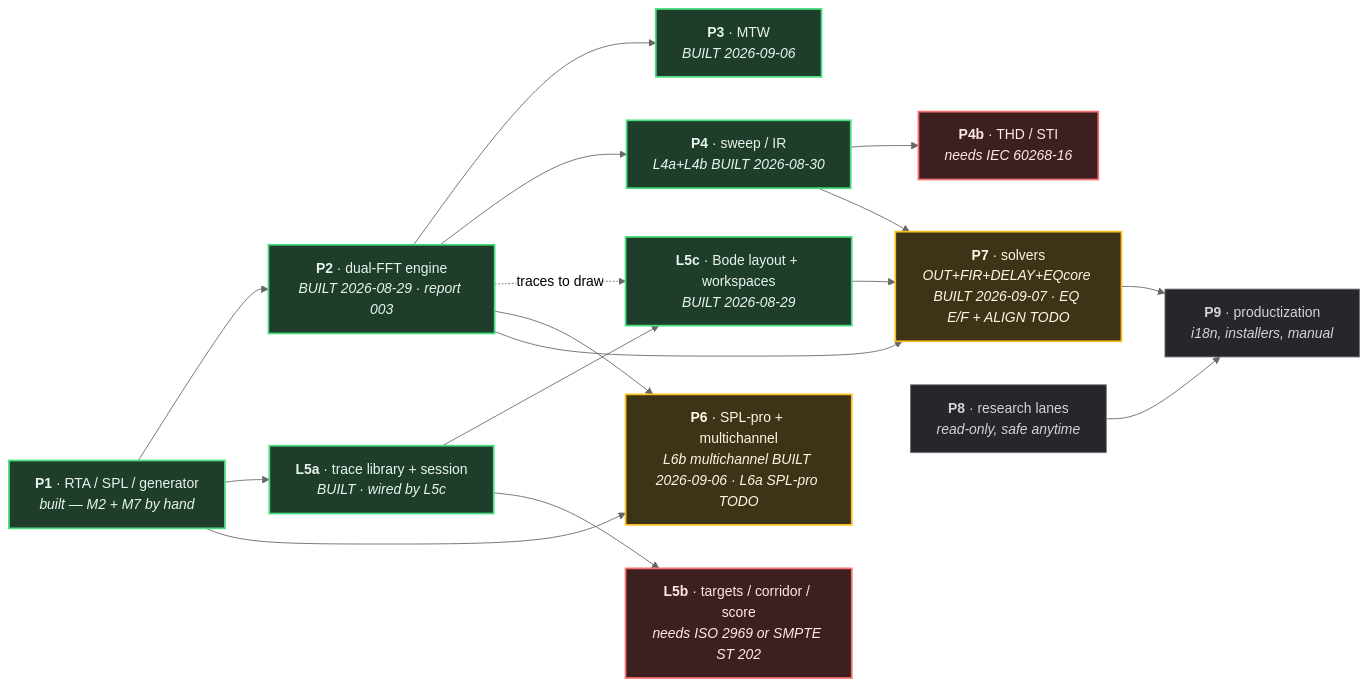
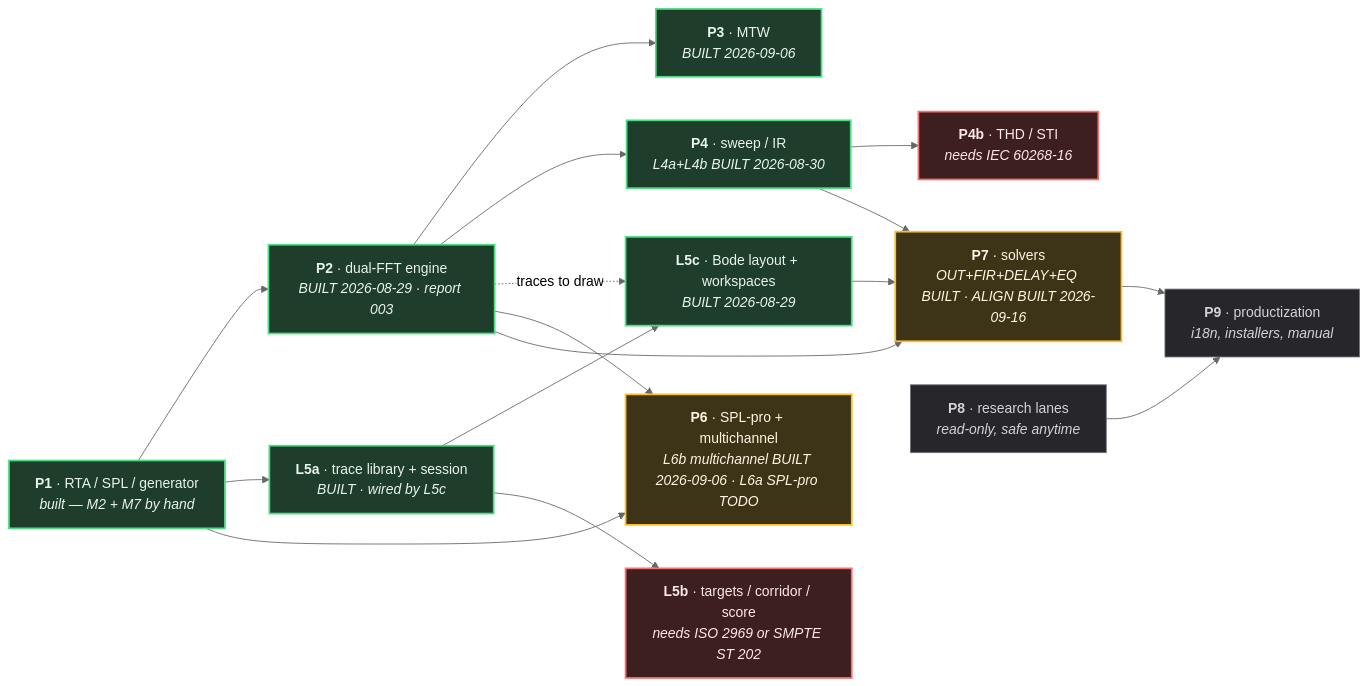
One commit to toanaz-ops/rta-tool changed the diagram in docs/plans/MASTER-EXECUTION-PLAN.md. Above: the diagram before and after it, drawn with Mermaid (neutral theme). The commit also changed other lines of this file and 2 other files, not shown here.

````diff
--- a/docs/plans/MASTER-EXECUTION-PLAN.md
+++ b/docs/plans/MASTER-EXECUTION-PLAN.md
@@ -63,38 +65,38 @@
 ```mermaid
 graph LR
     P1["<b>P1</b> · RTA / SPL / generator<br/><i>built — M2 + M7 by hand</i>"]
     P2["<b>P2</b> · dual-FFT engine<br/><i>BUILT 2026-08-29 · report 003</i>"]
     P3["<b>P3</b> · MTW<br/><i>BUILT 2026-09-06</i>"]
     P4["<b>P4</b> · sweep / IR<br/><i>L4a+L4b BUILT 2026-08-30</i>"]
     P4b["<b>P4b</b> · THD / STI<br/><i>needs IEC 60268-16</i>"]
     L5a["<b>L5a</b> · trace library + session<br/><i>BUILT · wired by L5c</i>"]
     L5b["<b>L5b</b> · targets / corridor / score<br/><i>needs ISO 2969 or SMPTE ST 202</i>"]
     L5c["<b>L5c</b> · Bode layout + workspaces<br/><i>BUILT 2026-08-29</i>"]
     P6["<b>P6</b> · SPL-pro + multichannel<br/><i>L6b multichannel BUILT 2026-09-06 · L6a SPL-pro TODO</i>"]
-    P7["<b>P7</b> · solvers<br/><i>OUT+FIR+DELAY+EQcore BUILT 2026-09-07 · EQ E/F + ALIGN TODO</i>"]
+    P7["<b>P7</b> · solvers<br/><i>OUT+FIR+DELAY+EQ BUILT · ALIGN BUILT 2026-09-16</i>"]
     P8["<b>P8</b> · research lanes<br/><i>read-only, safe anytime</i>"]
     P9["<b>P9</b> · productization<br/><i>i18n, installers, manual</i>"]
 
     P1 --> P2 --> P3
     P2 --> P4 --> P4b
     P1 --> L5a --> L5c
     L5a --> L5b
     P2 -.->|"traces to draw"| L5c
     P1 --> P6
     P2 --> P6
     P2 --> P7
     P4 --> P7
     L5c --> P7
     P7 --> P9
     P8 --> P9
 
     classDef done fill:#1f3d2b,stroke:#4ade80,stroke-width:2px,color:#e8f5ec
     classDef next fill:#3d3418,stroke:#fbbf24,stroke-width:2px,color:#fdf6e3
     classDef blocked fill:#3d1f1f,stroke:#f87171,stroke-width:2px,color:#fde8e8
     classDef later fill:#26262b,stroke:#71717a,stroke-width:1px,color:#d4d4d8
 
     class P1,P2,P3,P4,L5a,L5c done
     class P6,P7 next
     class L5b,P4b blocked
     class P8,P9 later
 ```
````
